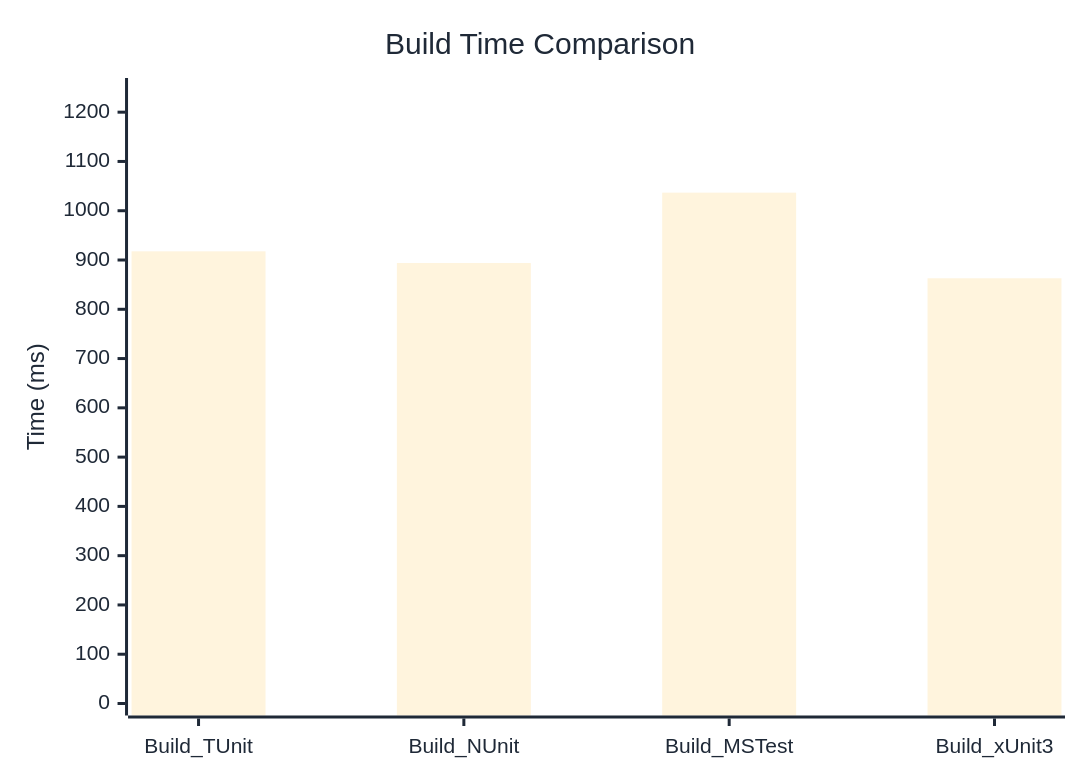
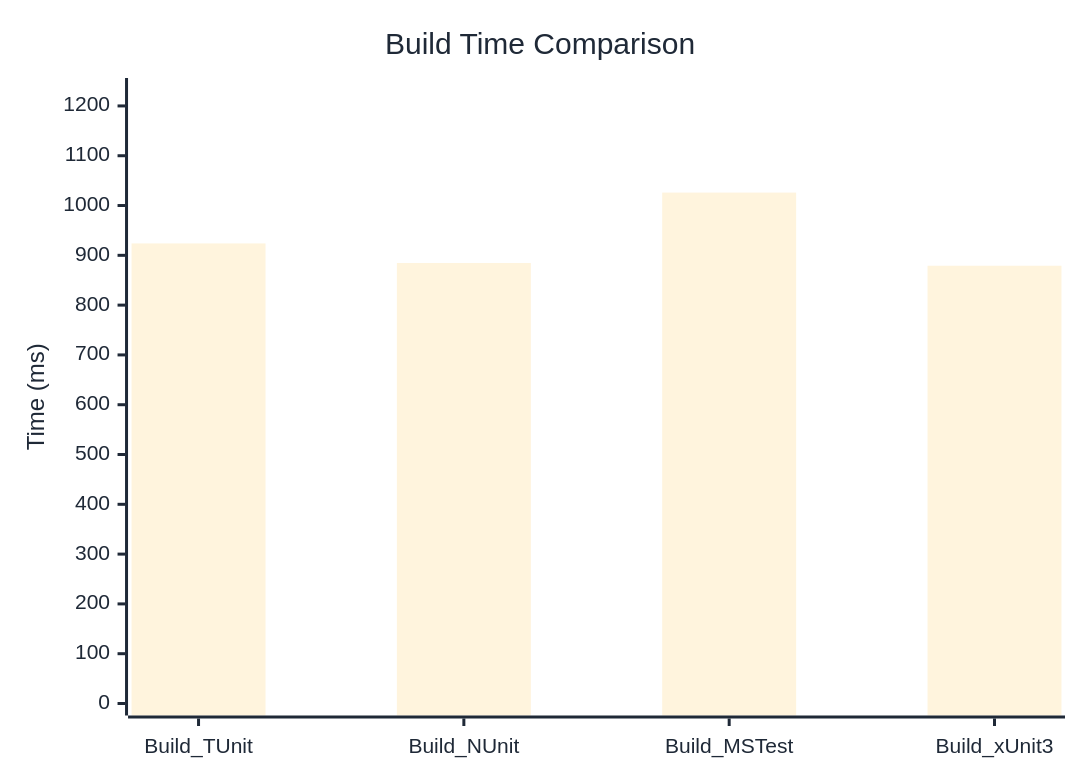
The diagram in docs/docs/benchmarks/engine/BuildTime.md (thomhurst/TUnit), drawn with Mermaid before and after one commit. The commit also changed other lines of this file and 18 other files, not shown here.

````diff
--- a/docs/docs/benchmarks/engine/BuildTime.md
+++ b/docs/docs/benchmarks/engine/BuildTime.md
@@ -30,37 +30,37 @@
 ```mermaid
 %%{init: {
   'theme':'base',
   'themeVariables': {
     'primaryColor': '#2563eb',
     'primaryTextColor': '#1f2937',
     'primaryBorderColor': '#1e40af',
     'lineColor': '#6b7280',
     'secondaryColor': '#7c3aed',
     'tertiaryColor': '#dc2626',
     'background': '#ffffff',
     'mainBkg': '#2563eb',
     'secondBkg': '#7c3aed',
     'tertiaryBkg': '#dc2626',
     'clusterBkg': '#f3f4f6',
     'edgeLabelBackground': '#ffffff',
     'tertiaryTextColor': '#1f2937',
     'pie1': '#2563eb',
     'pie2': '#7c3aed',
     'pie3': '#dc2626',
     'pie4': '#f59e0b',
     'pie5': '#10b981',
     'pie6': '#06b6d4',
     'pie7': '#ec4899',
     'pie8': '#6366f1',
     'pie9': '#84cc16',
     'pie10': '#f97316',
     'pie11': '#14b8a6',
     'pie12': '#a855f7'
   }
 }}%%
 xychart-beta
   title "Build Time Comparison"
   x-axis ["Build_TUnit", "Build_NUnit", "Build_MSTest", "Build_xUnit3"]
-  y-axis "Time (ms)" 0 --> 1245
-  bar [917.6, 893.9, 1036.7, 862.9]
+  y-axis "Time (ms)" 0 --> 1232
+  bar [923.9, 884.6, 1026, 879.1]
 ```
````
